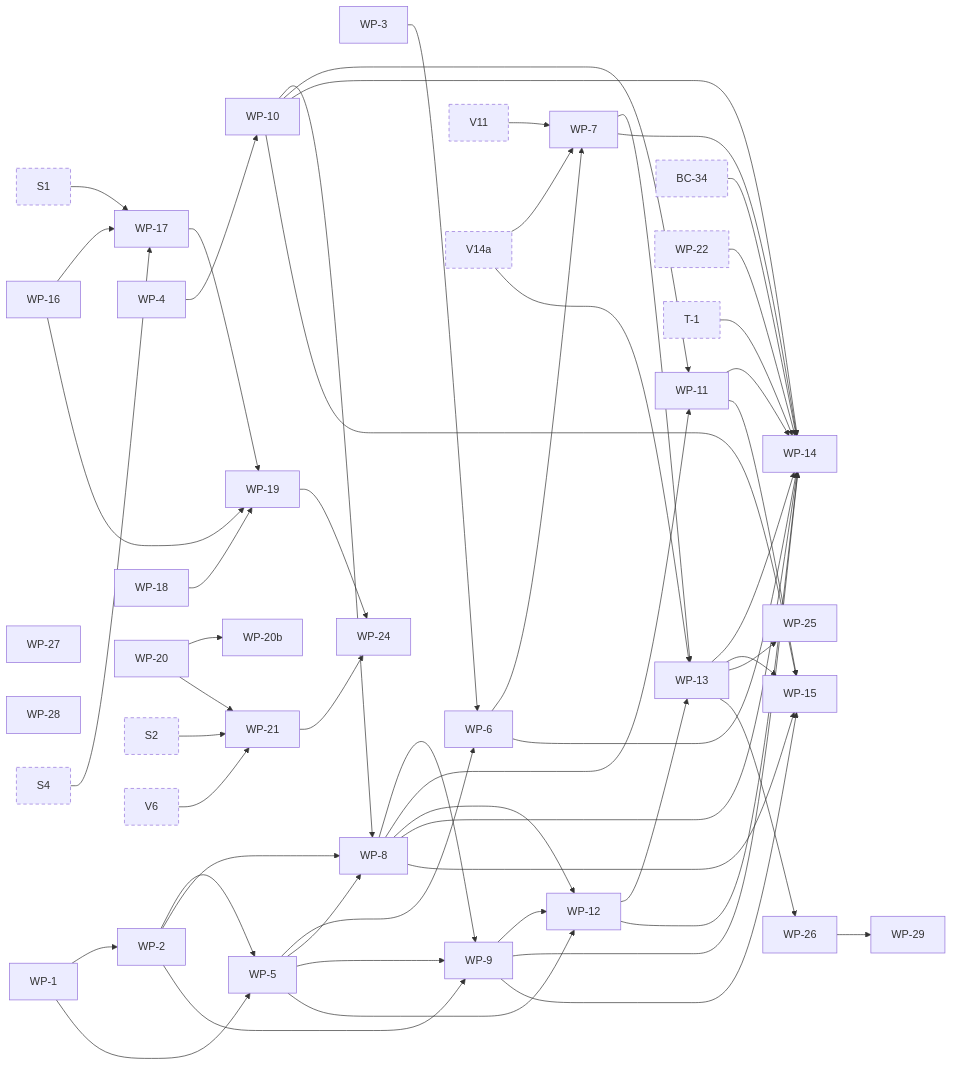
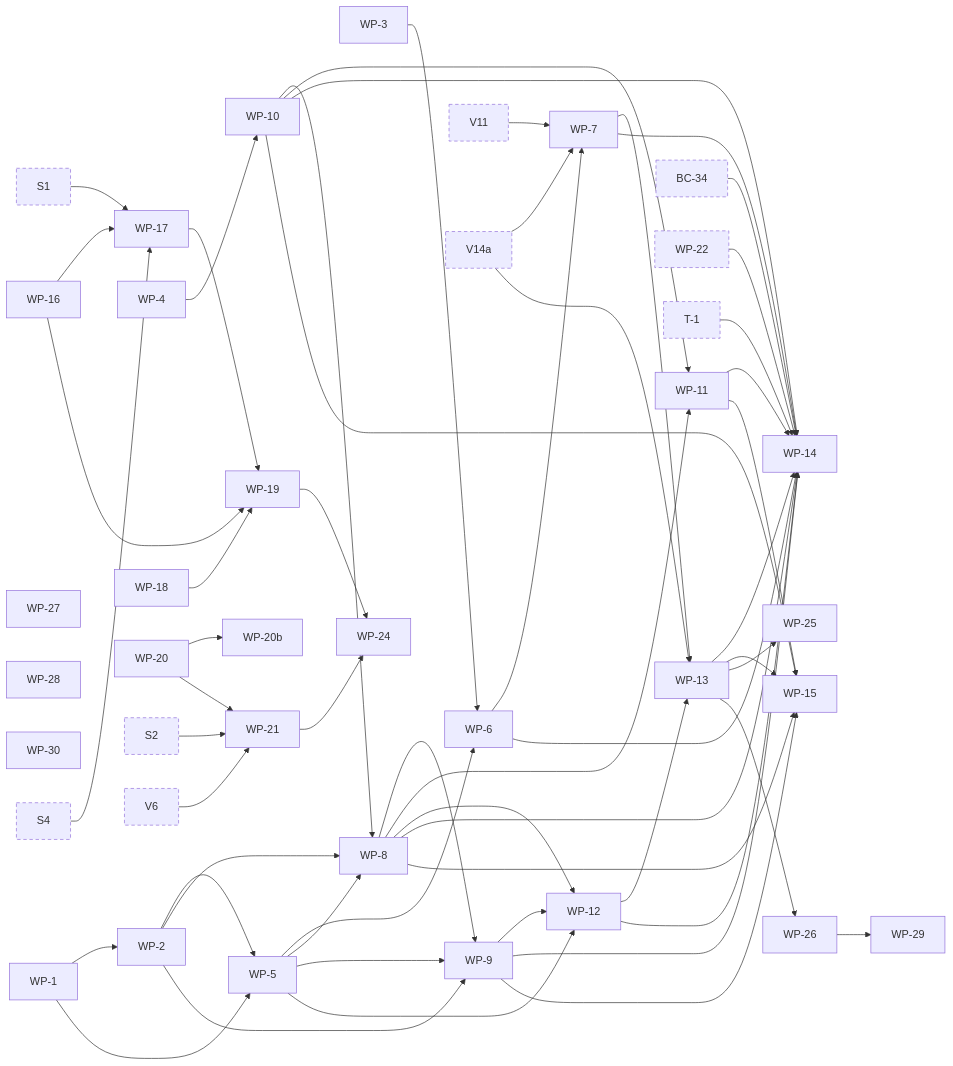
Before and after one commit to jhoblitt/rgw-go: the eighth of 11 diagrams in docs/superpowers/plans/2026-10-13-phase-2/dependencies.md, drawn with Mermaid. The commit also changed other lines of this file and 2 other files, not shown here.

First line of the commit message:
docs(plan): add task WP-30 from T-3's copy tests

```diff
--- a/docs/superpowers/plans/2026-10-13-phase-2/dependencies.md
+++ b/docs/superpowers/plans/2026-10-13-phase-2/dependencies.md
@@ -885,6 +885,7 @@
   t_WP_27["WP-27"]
   t_WP_28["WP-28"]
   t_WP_29["WP-29"]
+  t_WP_30["WP-30"]
   t_S1["S1"]:::ext
   t_S2["S2"]:::ext
   t_S4["S4"]:::ext
@@ -976,6 +977,7 @@
   click t_WP_27 href "https://github.com/jhoblitt/rgw-go/blob/main/docs/superpowers/plans/2026-10-13-phase-2/WP-write-path.md#task-wp-27-uploadpart-and-uploadpartcopy-refuse-a-part-of-an-encrypted-upload" "WP-27: UploadPart and UploadPartCopy refuse a part of an encrypted upload"
   click t_WP_28 href "https://github.com/jhoblitt/rgw-go/blob/main/docs/superpowers/plans/2026-10-13-phase-2/WP-write-path.md#task-wp-28-a-stored-metadata-value-never-puts-a-nul-into-a-response-header" "WP-28: a stored metadata value never puts a NUL into a response header"
   click t_WP_29 href "https://github.com/jhoblitt/rgw-go/blob/main/docs/superpowers/plans/2026-10-13-phase-2/WP-write-path.md#task-wp-29-an-empty-sse-c-algorithm-header-answers-as-radosgw-does-on-every-sse-c-path" "WP-29: an empty SSE-C algorithm header answers as radosgw does on every SSE-C path"
+  click t_WP_30 href "https://github.com/jhoblitt/rgw-go/blob/main/docs/superpowers/plans/2026-10-13-phase-2/WP-write-path.md#task-wp-30-a-copy-within-one-placement-shares-the-sources-tails-comparing-the-canonical-class" "WP-30: a copy within one placement shares the source's tails, comparing the canonical class"
   click t_S1 href "https://github.com/jhoblitt/rgw-go/blob/main/docs/superpowers/plans/2026-10-13-phase-2/00-index.md#task-s1-fakeradoss-rgw-class-as-method-tables" "S1: fakerados's rgw class as method tables"
   click t_S2 href "https://github.com/jhoblitt/rgw-go/blob/main/docs/superpowers/plans/2026-10-13-phase-2/00-index.md#task-s2-route-sets-per-feature-and-the-env-slots" "S2: route sets per feature and the Env slots"
   click t_S4 href "https://github.com/jhoblitt/rgw-go/blob/main/docs/superpowers/plans/2026-10-13-phase-2/00-index.md#task-s4-fakerados-refuses-an-unregistered-class-method-at-op-setup" "S4: fakerados refuses an unregistered class method at op setup"
```
